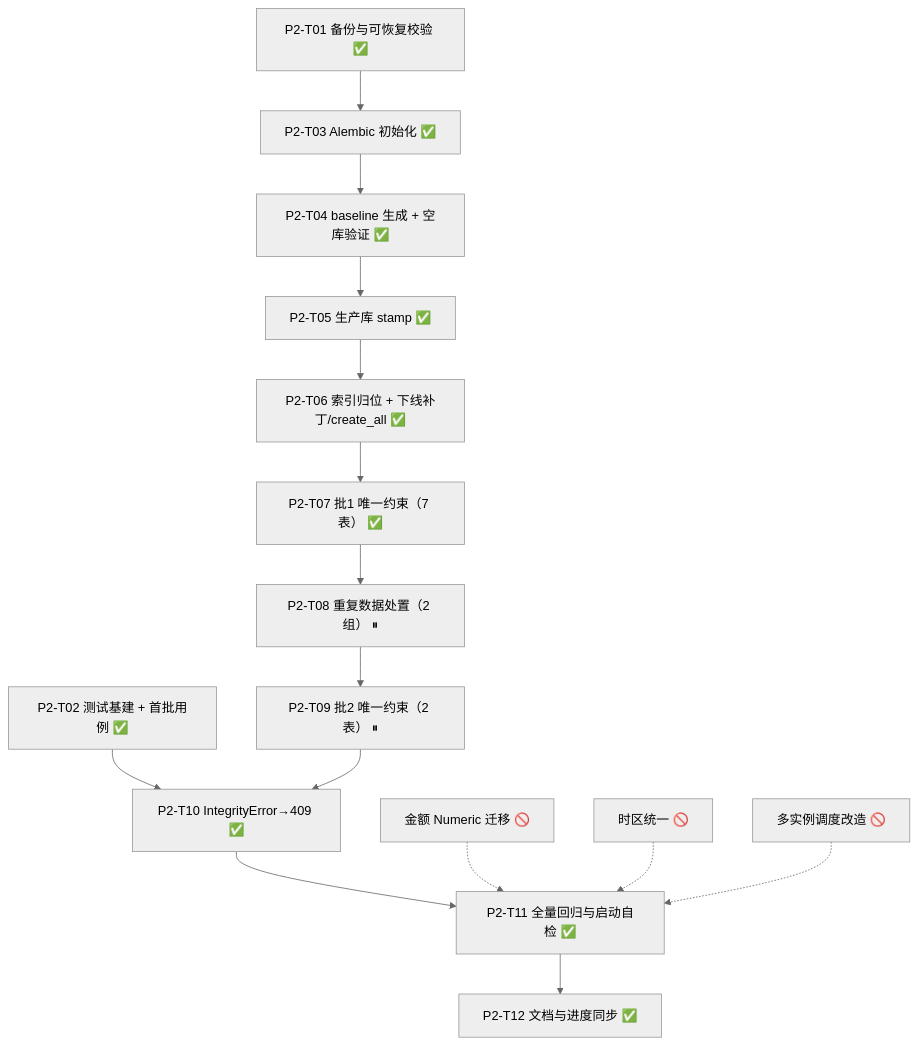
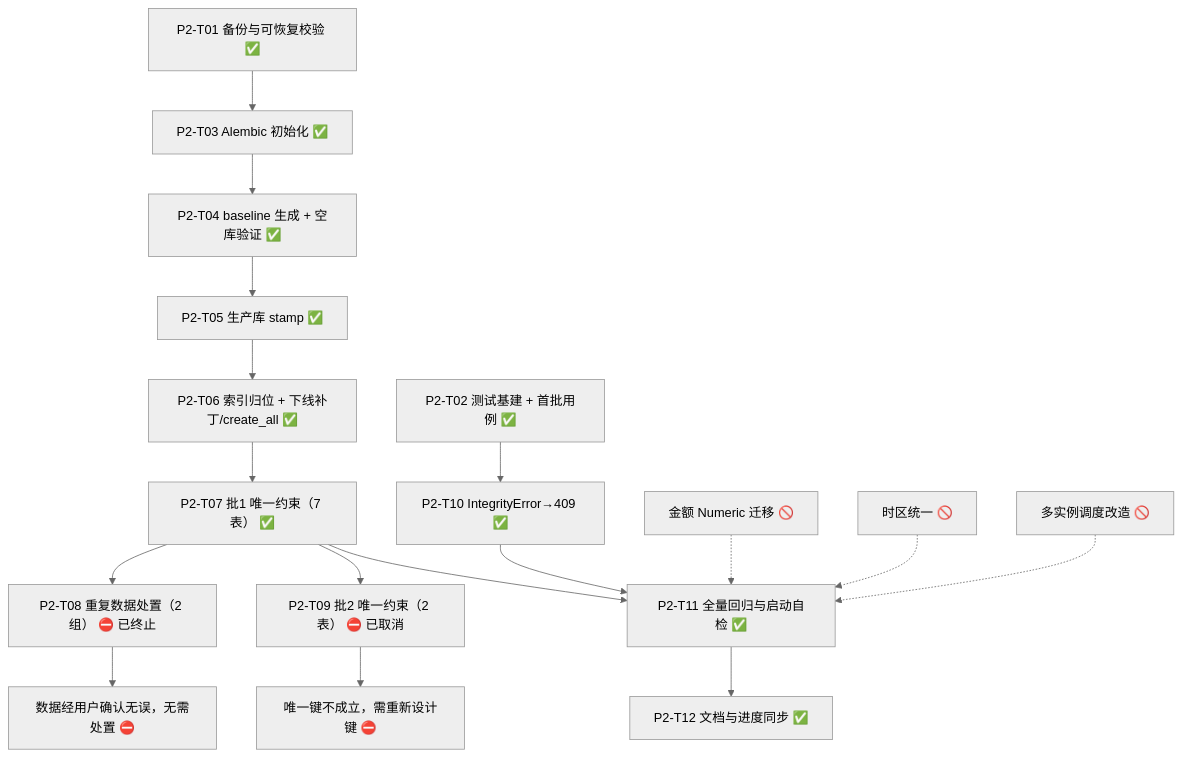
The diagram in docs/架构加固二期/TASK_架构加固二期.md (ZeroOneCN/LifeOS2), drawn with Mermaid (neutral theme) before and after one commit. The commit also changed other lines of this file and 2 other files, not shown here.

````diff
--- a/docs/架构加固二期/TASK_架构加固二期.md
+++ b/docs/架构加固二期/TASK_架构加固二期.md
@@ -9,18 +9,20 @@
 ```mermaid
 flowchart TD
     T01["P2-T01 备份与可恢复校验 ✅"] --> T03["P2-T03 Alembic 初始化 ✅"]
     T02["P2-T02 测试基建 + 首批用例 ✅"] --> T10["P2-T10 IntegrityError→409 ✅"]
     T03 --> T04["P2-T04 baseline 生成 + 空库验证 ✅"]
     T04 --> T05["P2-T05 生产库 stamp ✅"]
     T05 --> T06["P2-T06 索引归位 + 下线补丁/create_all ✅"]
     T06 --> T07["P2-T07 批1 唯一约束（7 表） ✅"]
-    T07 --> T08["P2-T08 重复数据处置（2 组） ⏸"]
-    T08 --> T09["P2-T09 批2 唯一约束（2 表） ⏸"]
-    T09 --> T10
-    T10 --> T11["P2-T11 全量回归与启动自检 ✅"]
+    T07 --> T08["P2-T08 重复数据处置（2 组） ⛔ 已终止"]
+    T07 --> T09["P2-T09 批2 唯一约束（2 表） ⛔ 已取消"]
+    T07 --> T11["P2-T11 全量回归与启动自检 ✅"]
+    T10 --> T11
+    T08 --> T08E["数据经用户确认无误，无需处置 ⛔"]
+    T09 --> T09E["唯一键不成立，需重新设计键 ⛔"]
     T11 --> T12["P2-T12 文档与进度同步 ✅"]
 
     X1["金额 Numeric 迁移 🚫"] -.-> T11
     X2["时区统一 🚫"] -.-> T11
     X3["多实例调度改造 🚫"] -.-> T11
 ```
````
